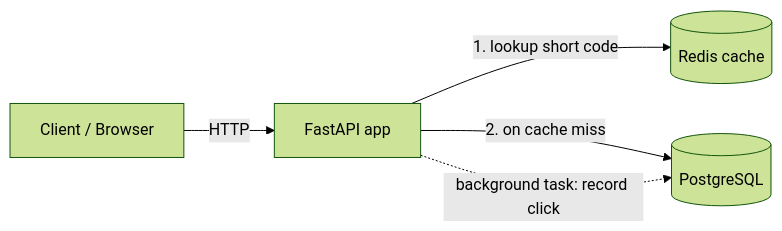
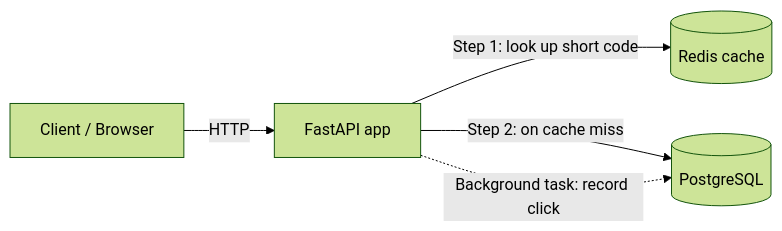
One commit to loki0108/URL-shortener changed the first of 2 diagrams in README.md. Above: the diagram before and after it, drawn with Mermaid (forest theme).

Commit message:
Fix architecture diagram rendering in README

````diff
--- a/README.md
+++ b/README.md
@@ -45,7 +45,7 @@
 ```mermaid
 flowchart LR
-    U[Client / Browser] -->|HTTP| A[FastAPI app]
-    A -->|1. lookup short code| R[(Redis cache)]
-    A -->|2. on cache miss| P[(PostgreSQL)]
-    A -.->|background task: record click| P
+    U["Client / Browser"] -->|"HTTP"| A["FastAPI app"]
+    A -->|"Step 1: look up short code"| R[("Redis cache")]
+    A -->|"Step 2: on cache miss"| P[("PostgreSQL")]
+    A -.->|"Background task: record click"| P
 ```
````
